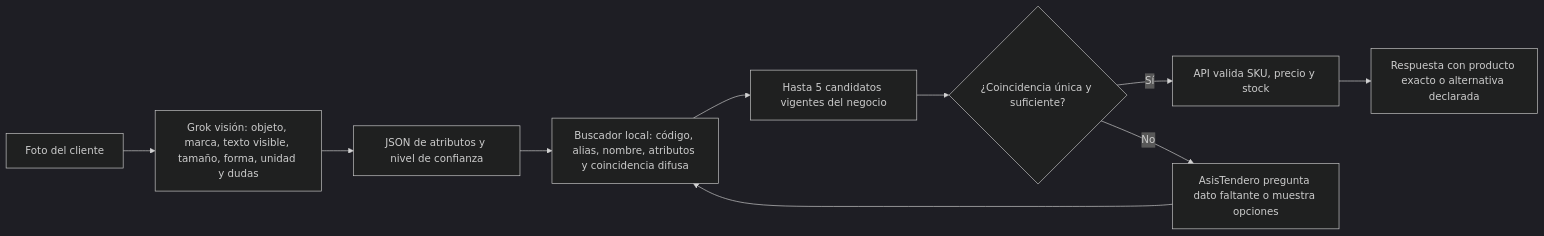
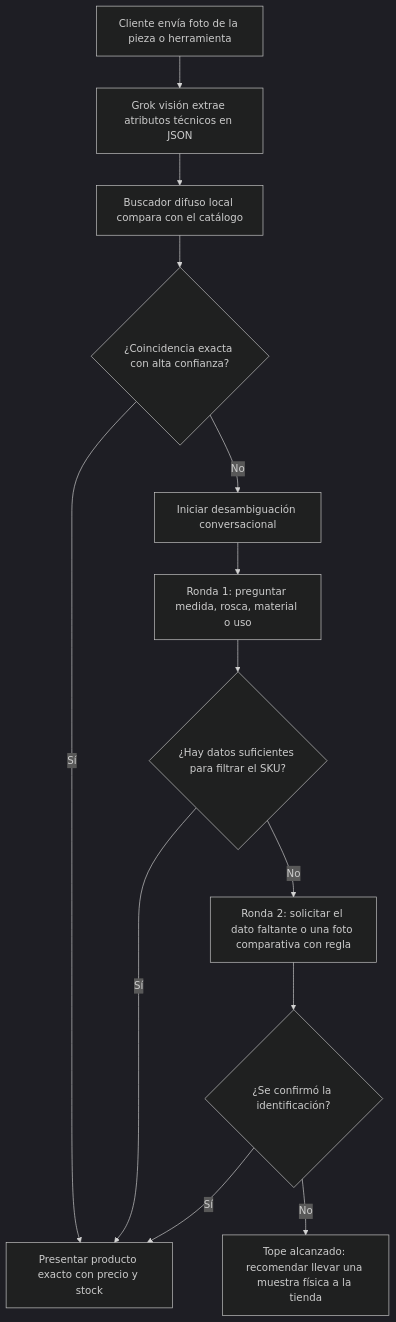
One commit to JulianCVM/AsisTendero changed the second of 3 diagrams in contexto/definiciones/PT-001_BORRADOR.md. Above: the diagram before and after it, drawn with Mermaid (dark theme). The commit also changed other lines of this file, not shown here.

````diff
--- a/contexto/definiciones/PT-001_BORRADOR.md
+++ b/contexto/definiciones/PT-001_BORRADOR.md
@@ -92,12 +120,15 @@
 ```mermaid
-flowchart LR
-  F[Foto del cliente] --> V[Grok visión: objeto, marca, texto visible, tamaño, forma, unidad y dudas]
-  V --> J[JSON de atributos y nivel de confianza]
-  J --> S[Buscador local: código, alias, nombre, atributos y coincidencia difusa]
-  S --> K[Hasta 5 candidatos vigentes del negocio]
-  K --> Q{¿Coincidencia única y suficiente?}
-  Q -- Sí --> P[API valida SKU, precio y stock]
-  Q -- No --> A[AsisTendero pregunta dato faltante o muestra opciones]
-  A --> S
-  P --> R[Respuesta con producto exacto o alternativa declarada]
+flowchart TD
+    A["Cliente envía foto de la pieza o herramienta"] --> B["Grok visión extrae atributos técnicos en JSON"]
+    B --> C["Buscador difuso local compara con el catálogo"]
+    C --> D{"¿Coincidencia exacta con alta confianza?"}
+    D -- "Sí" --> E["Presentar producto exacto con precio y stock"]
+    D -- "No" --> F["Iniciar desambiguación conversacional"]
+    F --> G["Ronda 1: preguntar medida, rosca, material o uso"]
+    G --> H{"¿Hay datos suficientes para filtrar el SKU?"}
+    H -- "Sí" --> E
+    H -- "No" --> I["Ronda 2: solicitar el dato faltante o una foto comparativa con regla"]
+    I --> J{"¿Se confirmó la identificación?"}
+    J -- "Sí" --> E
+    J -- "No" --> K["Tope alcanzado: recomendar llevar una muestra física a la tienda"]
 ```
````
